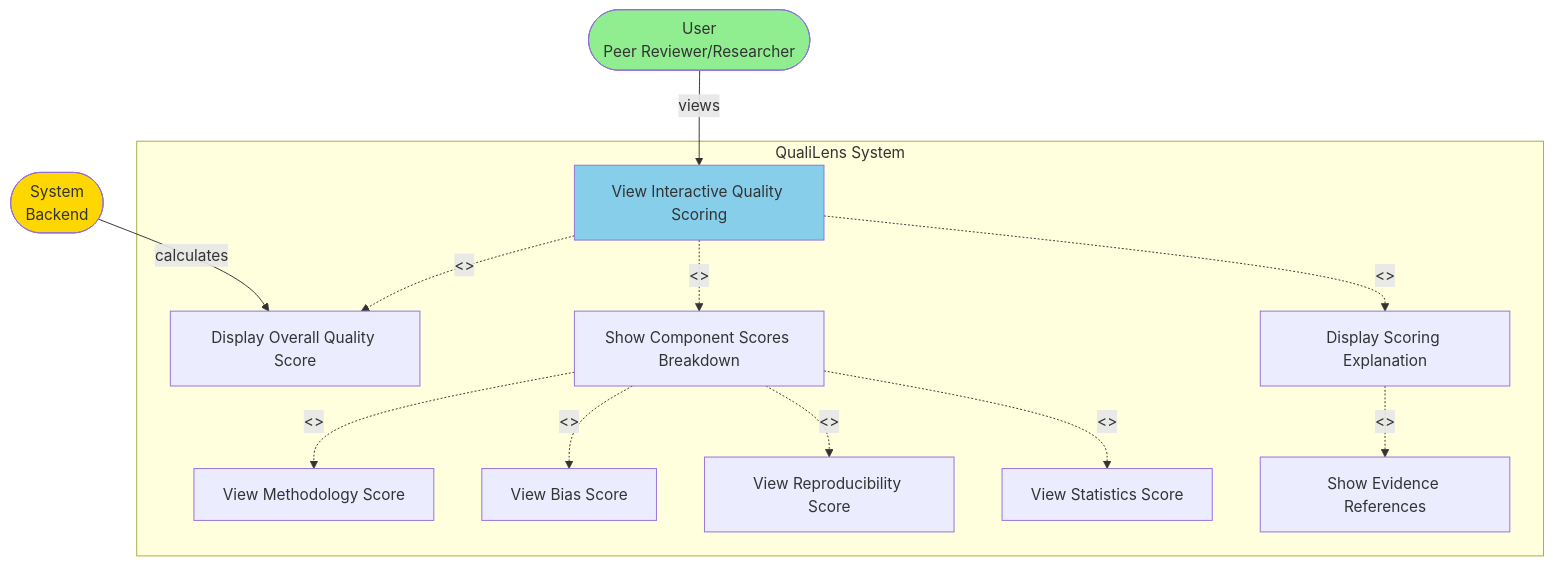
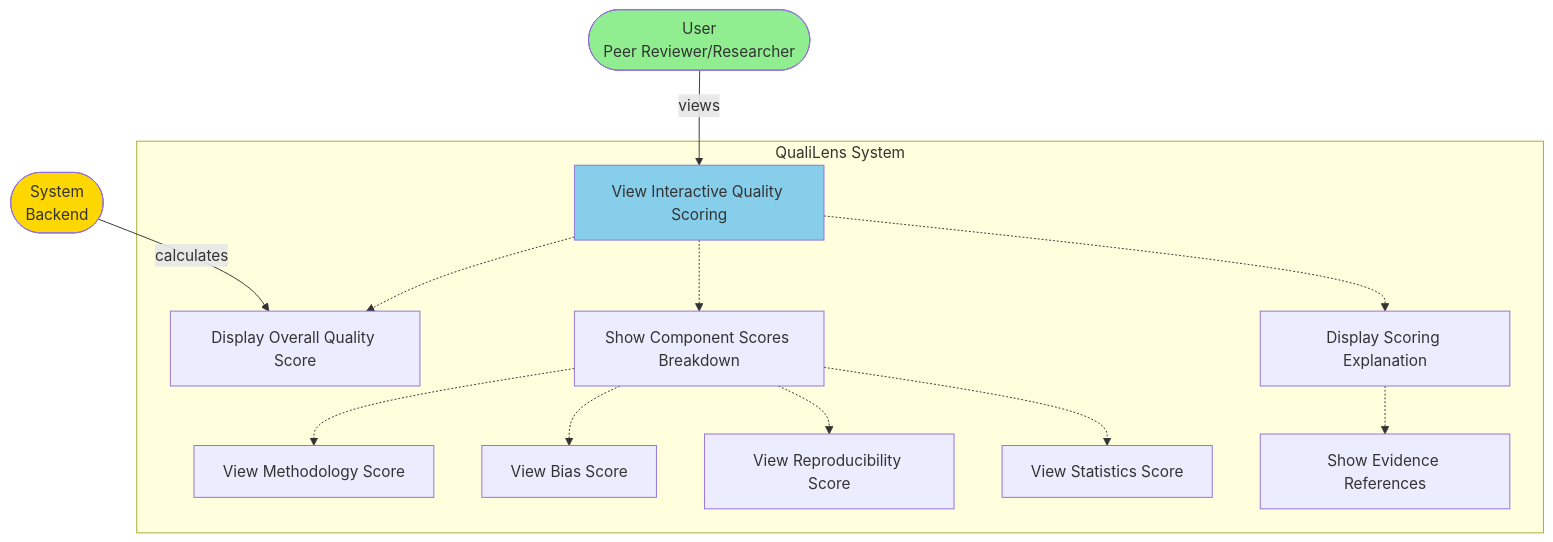
Before and after one commit to giuliobarde/QualiLens: the third of 12 diagrams in docs/architecture/4_USE_CASE_DIAGRAM.md, drawn with Mermaid. The commit also changed other lines of this file and 5 other files, not shown here.

Commit message:
updated diagrams and requirements

````diff
--- a/docs/architecture/4_USE_CASE_DIAGRAM.md
+++ b/docs/architecture/4_USE_CASE_DIAGRAM.md
@@ -59,33 +61,33 @@
 ```mermaid
 graph TD
     User([User<br/>Peer Reviewer/Researcher])
     System([System<br/>Backend])
     
     subgraph "QualiLens System"
         UC03[View Interactive Quality Scoring]
         UC03a[Display Overall Quality Score]
         UC03b[Show Component Scores Breakdown]
         UC03c[View Methodology Score]
         UC03d[View Bias Score]
         UC03e[View Reproducibility Score]
         UC03f[View Statistics Score]
         UC03g[Display Scoring Explanation]
         UC03h[Show Evidence References]
         
-        UC03 -.->|<<include>>| UC03a
-        UC03 -.->|<<include>>| UC03b
-        UC03b -.->|<<include>>| UC03c
-        UC03b -.->|<<include>>| UC03d
-        UC03b -.->|<<include>>| UC03e
-        UC03b -.->|<<include>>| UC03f
-        UC03 -.->|<<include>>| UC03g
-        UC03g -.->|<<include>>| UC03h
+        UC03 -.-> UC03a
+        UC03 -.-> UC03b
+        UC03b -.-> UC03c
+        UC03b -.-> UC03d
+        UC03b -.-> UC03e
+        UC03b -.-> UC03f
+        UC03 -.-> UC03g
+        UC03g -.-> UC03h
     end
     
     User -->|views| UC03
     System -->|calculates| UC03a
     
     style User fill:#90EE90
     style System fill:#FFD700
     style UC03 fill:#87CEEB
 ```
````
